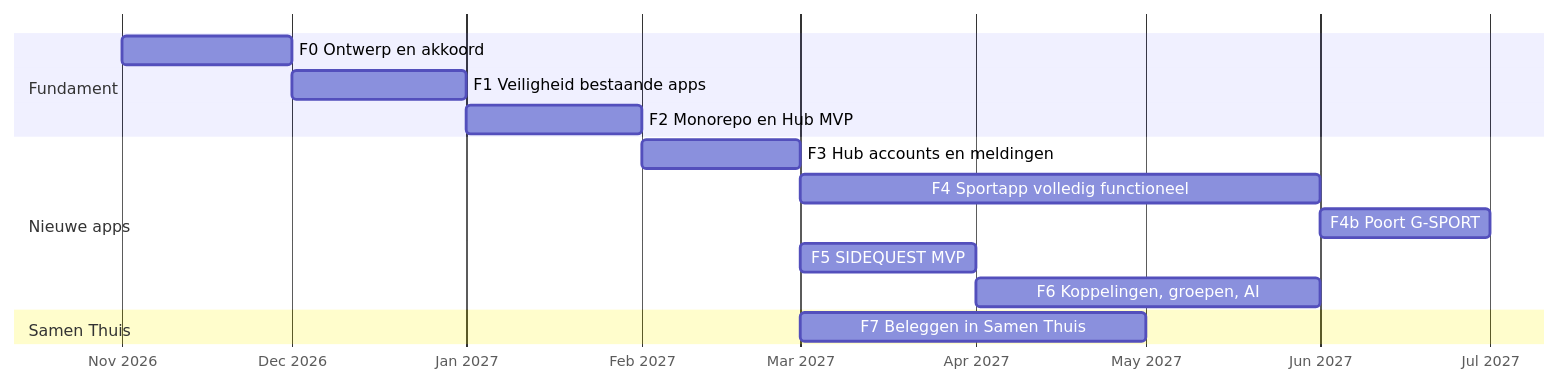
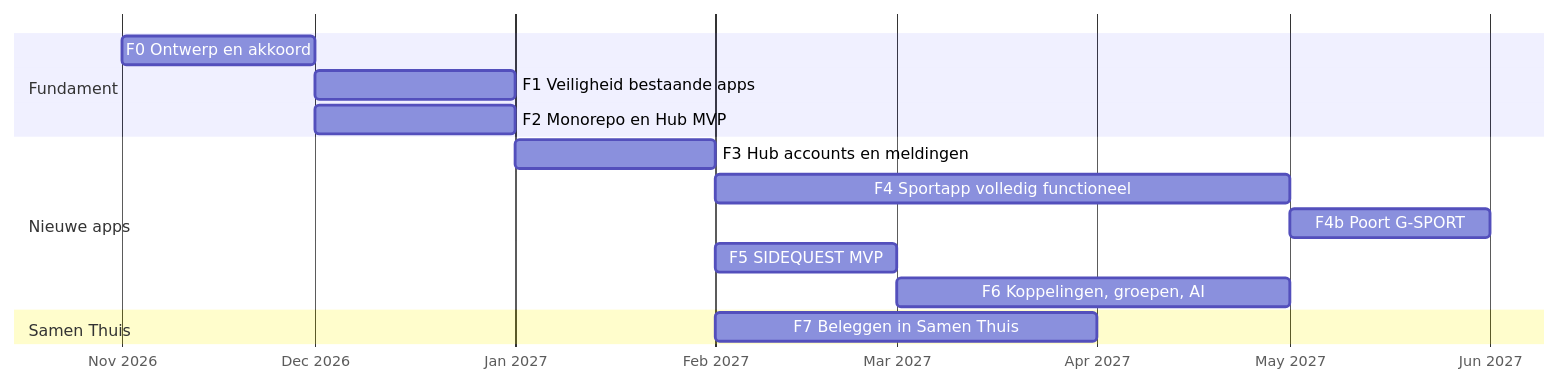
One commit to kesga44-jpg/Personal-ecosystem changed the diagram in DEVELOPMENT_ROADMAP.md. Above: the diagram before and after it, drawn with Mermaid. The commit also changed other lines of this file and 5 other files, not shown here.

````diff
--- a/DEVELOPMENT_ROADMAP.md
+++ b/DEVELOPMENT_ROADMAP.md
@@ -6,17 +6,17 @@
 ```mermaid
 gantt
   dateFormat YYYY-MM
   axisFormat %b %Y
   section Fundament
   F0 Ontwerp en akkoord           :f0, 2026-11, 1M
   F1 Veiligheid bestaande apps    :f1, after f0, 1M
-  F2 Monorepo en Hub MVP          :f2, after f1, 1M
+  F2 Monorepo en Hub MVP          :f2, after f0, 1M
   section Nieuwe apps
-  F3 Hub accounts en meldingen    :f3, after f2, 1M
+  F3 Hub accounts en meldingen    :f3, after f1 f2, 1M
   F4 Sportapp volledig functioneel :f4, after f3, 3M
   F4b Poort G-SPORT               :f4b, after f4, 1M
   F5 SIDEQUEST MVP                :f5, after f3, 1M
   F6 Koppelingen, groepen, AI     :f6, after f5, 2M
   section Samen Thuis
   F7 Beleggen in Samen Thuis      :f7, after f3, 2M
 ```
````
